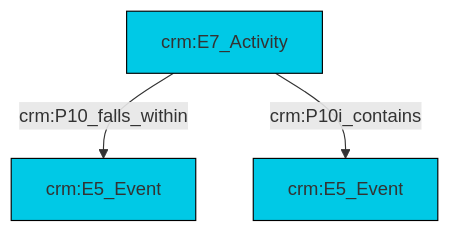
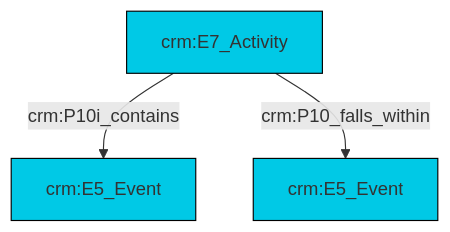
One commit to swiss-art-research-net/reference-data-models changed the diagram in et/eventCSV/ttl/mmd/event_parthood.ttl.mmd. Above: the diagram before and after it, drawn with Mermaid. The commit also changed 205 other files, not shown here.

```diff
--- a/et/eventCSV/ttl/mmd/event_parthood.ttl.mmd
+++ b/et/eventCSV/ttl/mmd/event_parthood.ttl.mmd
@@ -1,17 +1,17 @@
 graph TD
 classDef Literal fill:#f2f2f2,stroke:#000000;
 classDef CRM_Entity fill:#FFFFFF,stroke:#000000;
 classDef Temporal_Entity fill:#00C9E6, stroke:#000000;
 classDef Type fill:#E18312, stroke:#000000;
 classDef Time-Span fill:#2C9C91, stroke:#000000;
 classDef Appellation fill:#FFEB7F, stroke:#000000;
 classDef Place fill:#008836, stroke:#000000;
 classDef Persistent_Item fill:#B266B2, stroke:#000000;
 classDef Conceptual_Object fill:#FFD700, stroke:#000000;
 classDef Physical_Thing fill:#D2B48C, stroke:#000000;
 classDef Actor fill:#f58aad, stroke:#000000;
 classDef PC_Classes fill:#4ce600, stroke:#000000;
 classDef Multi fill:#cccccc,stroke:#000000;
 
-2["crm:E7_Activity"]:::Temporal_Entity -->|crm:P10_falls_within| 0["crm:E5_Event"]:::Temporal_Entity
-2["crm:E7_Activity"]:::Temporal_Entity -->|crm:P10i_contains| 3["crm:E5_Event"]:::Temporal_Entity
+0["crm:E7_Activity"]:::Temporal_Entity -->|crm:P10i_contains| 1["crm:E5_Event"]:::Temporal_Entity
+0["crm:E7_Activity"]:::Temporal_Entity -->|crm:P10_falls_within| 4["crm:E5_Event"]:::Temporal_Entity
```
